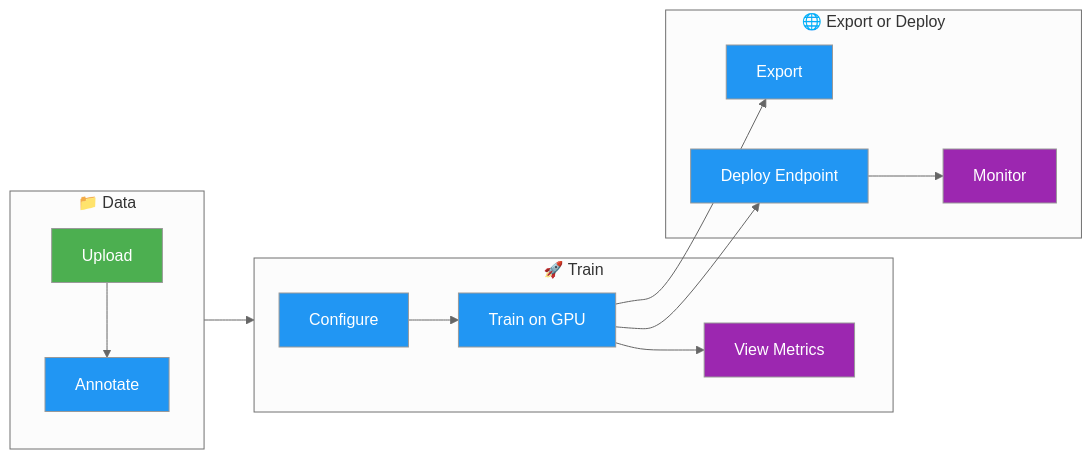
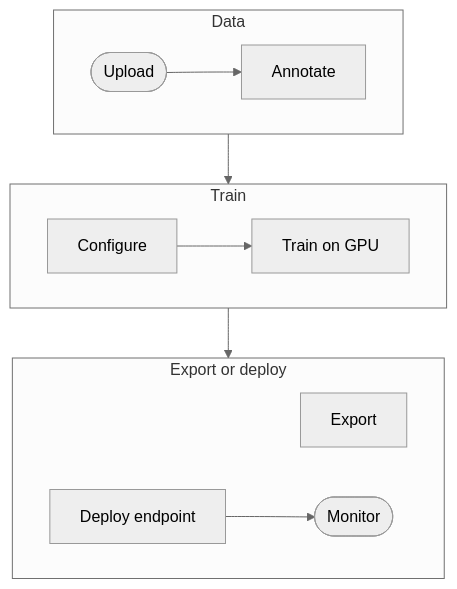
One commit to ultralytics/ultralytics changed the first of 3 diagrams in docs/en/platform/index.md. Above: the diagram before and after it, drawn with Mermaid (neutral theme). The commit also changed other lines of this file and 20 other files, not shown here.

First line of the commit message:
Migrate docs Mermaid diagrams to the unified design system

````diff
--- a/docs/en/platform/index.md
+++ b/docs/en/platform/index.md
@@ -22,21 +22,15 @@
 ```mermaid
-graph LR
-    subgraph Data["📁 Data"]
-        A[Upload]:::start --> B[Annotate]:::proc
+flowchart TD
+    subgraph data["Data"]
+        A([Upload]) --> B[Annotate]
     end
-    subgraph Train["🚀 Train"]
-        D[Configure]:::proc --> E[Train on GPU]:::proc
-        E --> F[View Metrics]:::out
+    subgraph train["Train"]
+        C[Configure] --> D[Train on GPU]
     end
-    subgraph Deploy["🌐 Export or Deploy"]
-        G[Export]:::proc
-        H[Deploy Endpoint]:::proc --> I[Monitor]:::out
+    subgraph ship["Export or deploy"]
+        F[Export]
+        G[Deploy endpoint] --> H([Monitor])
     end
-    Data --> Train
-    E --> G
-    E --> H
-
-    classDef start fill:#4CAF50,color:#fff
-    classDef proc fill:#2196F3,color:#fff
-    classDef out fill:#9C27B0,color:#fff
+    data --> train
+    train --> ship
 ```
````
